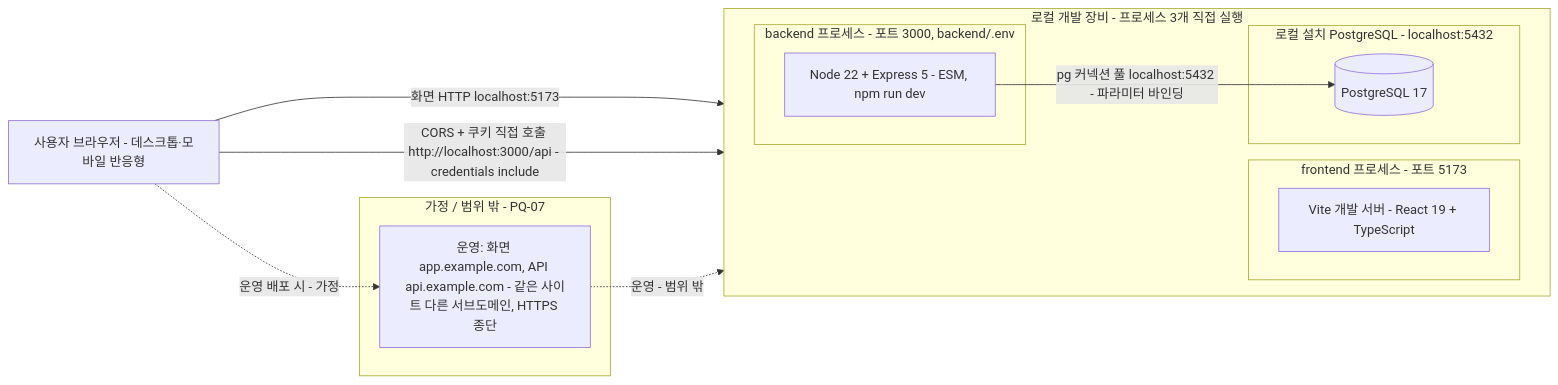
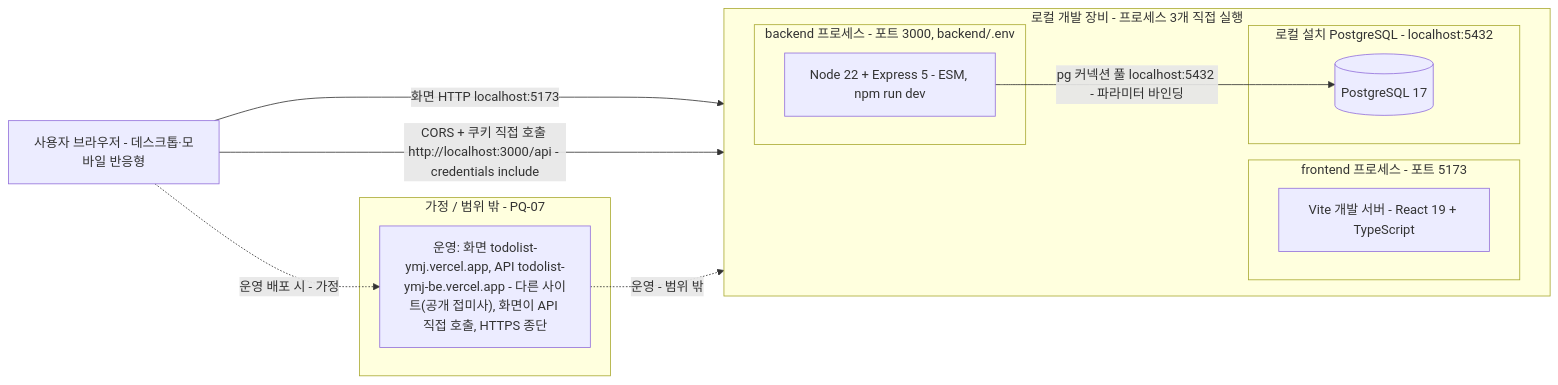
Before and after one commit to Palbok-Kim/todolist-app: the first of 13 diagrams in docs/6-arch-diagram.md, drawn with Mermaid. The commit also changed other lines of this file and 9 other files, not shown here.

````diff
--- a/docs/6-arch-diagram.md
+++ b/docs/6-arch-diagram.md
@@ -57,24 +58,24 @@
 ```mermaid
 flowchart LR
     U["사용자 브라우저 - 데스크톱·모바일 반응형"]
     subgraph HOST["로컬 개발 장비 - 프로세스 3개 직접 실행"]
         direction LR
         subgraph FE["frontend 프로세스 - 포트 5173"]
             VITE["Vite 개발 서버 - React 19 + TypeScript"]
         end
         subgraph BE["backend 프로세스 - 포트 3000, backend/.env"]
             API["Node 22 + Express 5 - ESM, npm run dev"]
         end
         subgraph DBC["로컬 설치 PostgreSQL - localhost:5432"]
             PG[("PostgreSQL 17")]
         end
     end
     subgraph OUT["가정 / 범위 밖 - PQ-07"]
-        RP["운영: 화면 app.example.com, API api.example.com - 같은 사이트 다른 서브도메인, HTTPS 종단"]
+        RP["운영: 화면 todolist-ymj.vercel.app, API todolist-ymj-be.vercel.app - 다른 사이트(공개 접미사), 화면이 API 직접 호출, HTTPS 종단"]
     end
     U -- "화면 HTTP localhost:5173" --> VITE
     U -- "CORS + 쿠키 직접 호출 http://localhost:3000/api - credentials include" --> API
     API -- "pg 커넥션 풀 localhost:5432 - 파라미터 바인딩" --> PG
     U -. "운영 배포 시 - 가정" .-> RP
     RP -. "운영 - 범위 밖" .-> API
 ```
````
